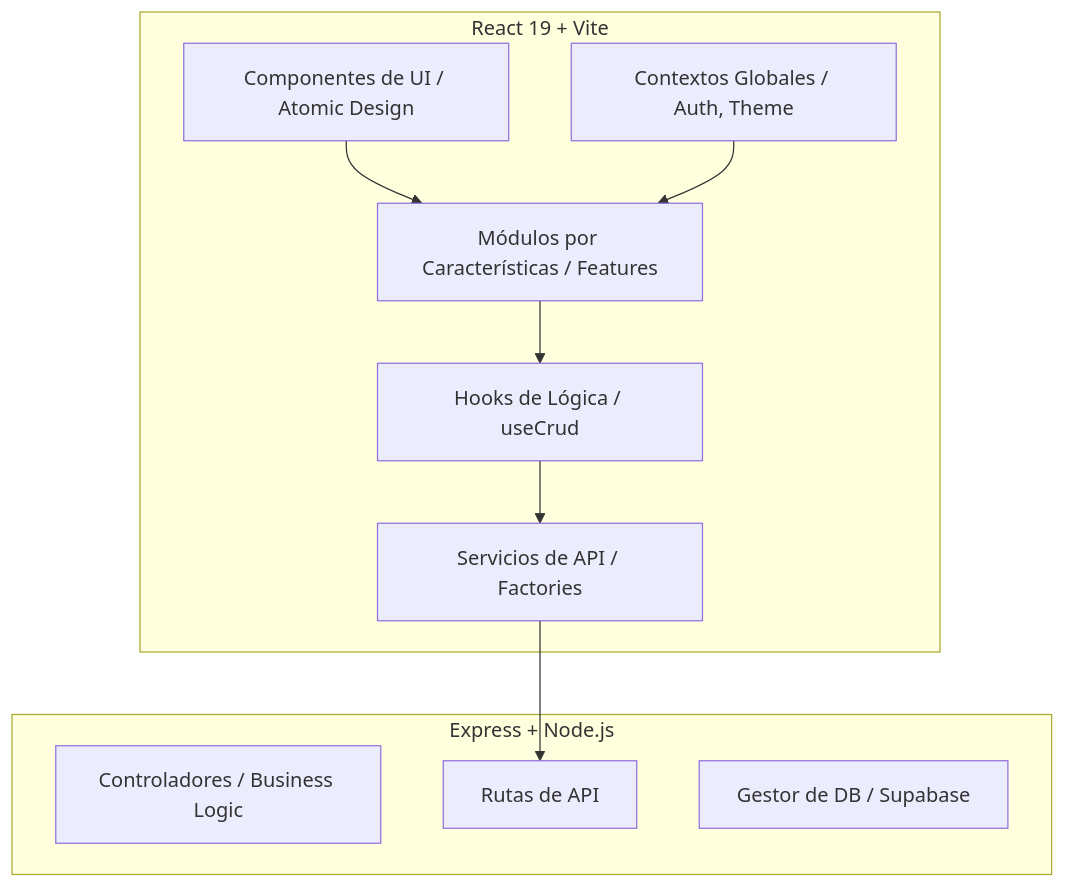
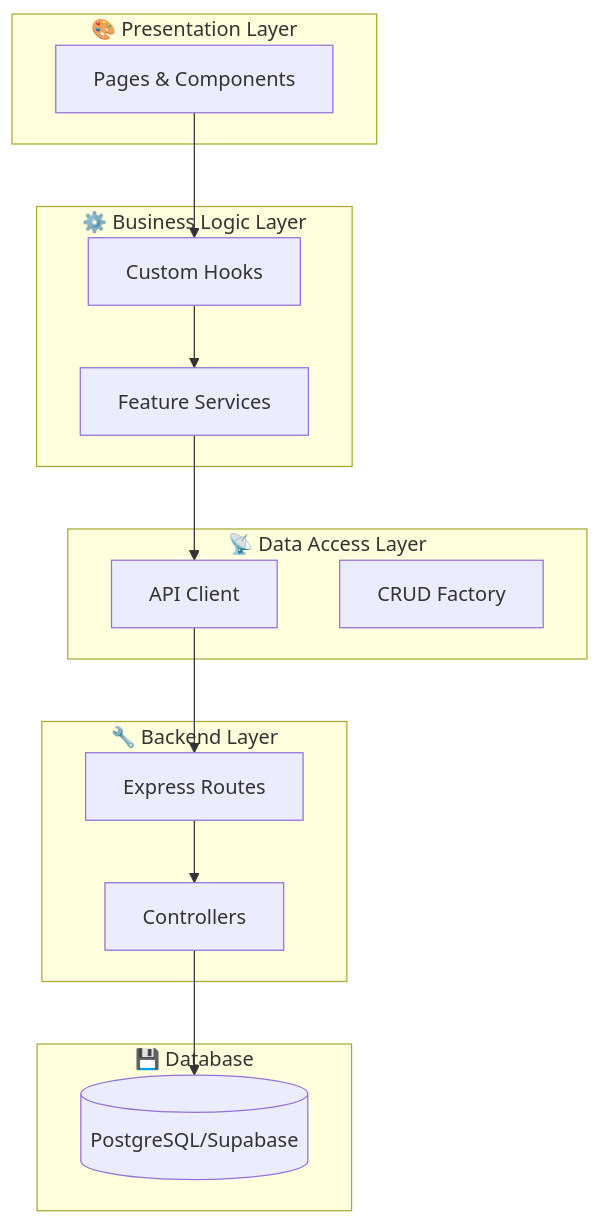
One commit to Antony-Figueroa/UNEFA_DASHBOARD changed the diagram in README.md. Above: the diagram before and after it, drawn with Mermaid. The commit also changed other lines of this file and 3 other files, not shown here.

````diff
--- a/README.md
+++ b/README.md
@@ -23,22 +159,32 @@
 ```mermaid
-graph TD
-    subgraph Frontend [React 19 + Vite]
-        UI[Componentes de UI / Atomic Design]
-        Features[Módulos por Características / Features]
-        Hooks[Hooks de Lógica / useCrud]
-        Services[Servicios de API / Factories]
-        Context[Contextos Globales / Auth, Theme]
+graph TB
+    subgraph "🎨 Presentation Layer"
+        A[Pages & Components]
     end
-
-    subgraph Backend [Express + Node.js]
-        Controllers[Controladores / Business Logic]
-        Routes[Rutas de API]
-        DBManager[Gestor de DB / Supabase]
+    
+    subgraph "⚙️ Business Logic Layer"
+        B[Custom Hooks]
+        C[Feature Services]
     end
-
-    Features --> Hooks
-    Hooks --> Services
-    Services --> Routes
-    UI --> Features
-    Context --> Features
+    
+    subgraph "📡 Data Access Layer"
+        D[API Client]
+        E[CRUD Factory]
+    end
+    
+    subgraph "🔧 Backend Layer"
+        F[Express Routes]
+        G[Controllers]
+    end
+    
+    subgraph "💾 Database"
+        H[(PostgreSQL/Supabase)]
+    end
+    
+    A --> B
+    B --> C
+    C --> D
+    D --> F
+    F --> G
+    G --> H
 ```
````
